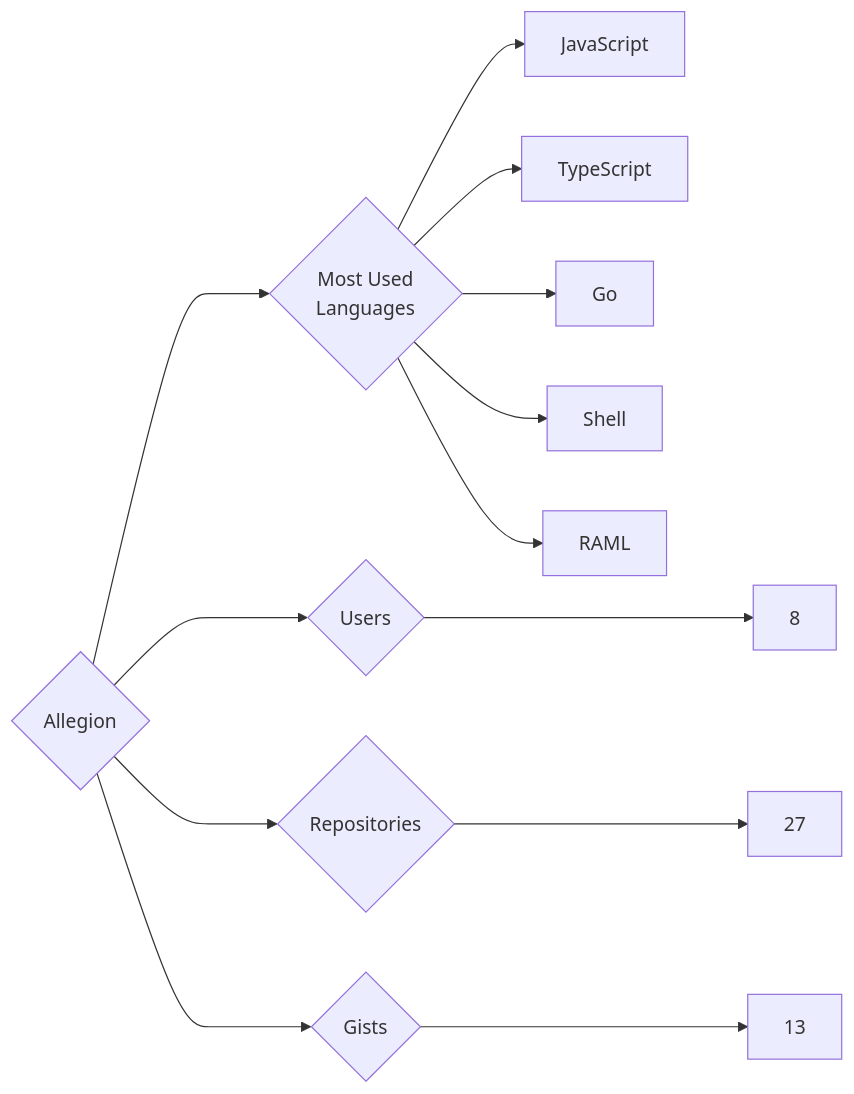
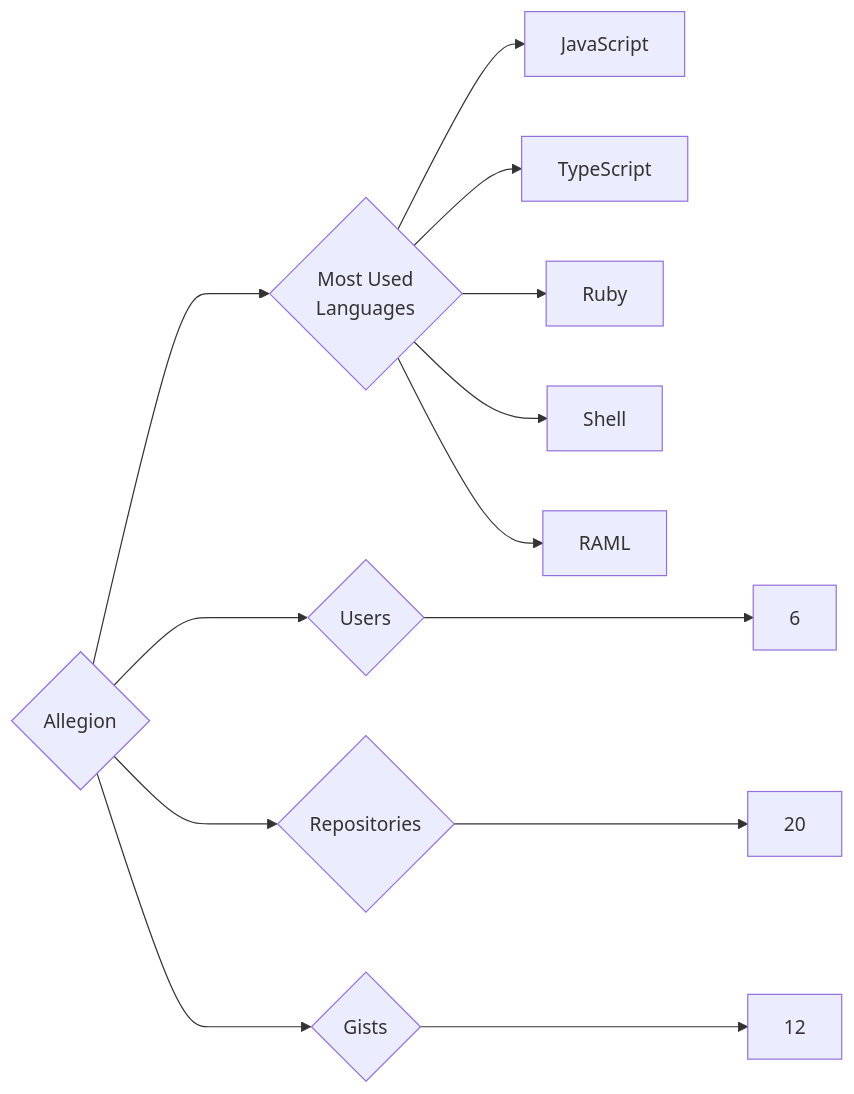
The diagram in targets/Allegion/README.md (trickest/insiders), drawn with Mermaid before and after one commit. The commit also changed 1123 other files, not shown here.

````diff
--- a/targets/Allegion/README.md
+++ b/targets/Allegion/README.md
@@ -3,13 +3,13 @@
 ```mermaid
 graph LR
 COMPANY_NAME{Allegion}
-COMPANY_NAME ---> U{Users} ---> UN[8]
-COMPANY_NAME ---> R{Repositories} ---> RN[27]
-COMPANY_NAME ---> G{Gists} ---> GN[13]
+COMPANY_NAME ---> U{Users} ---> UN[6]
+COMPANY_NAME ---> R{Repositories} ---> RN[20]
+COMPANY_NAME ---> G{Gists} ---> GN[12]
 COMPANY_NAME ---> ML{Most Used<br>Languages}
 ML --> JavaScript[JavaScript]
 ML --> TypeScript[TypeScript]
-ML --> Go[Go]
+ML --> Ruby[Ruby]
 ML --> Shell[Shell]
 ML --> RAML[RAML]
 ```
````
